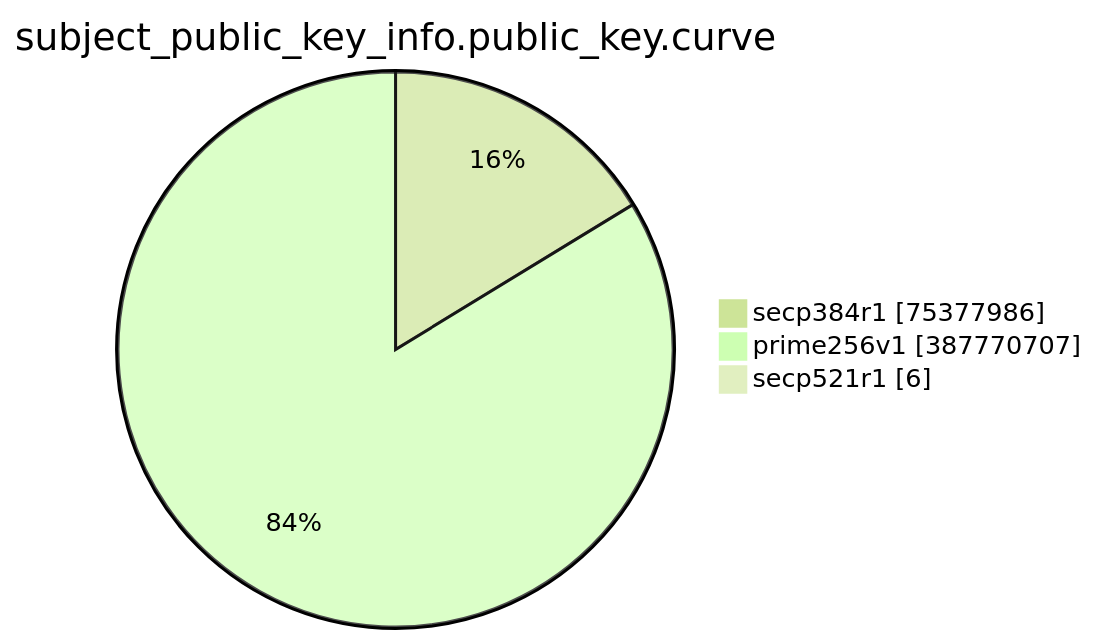
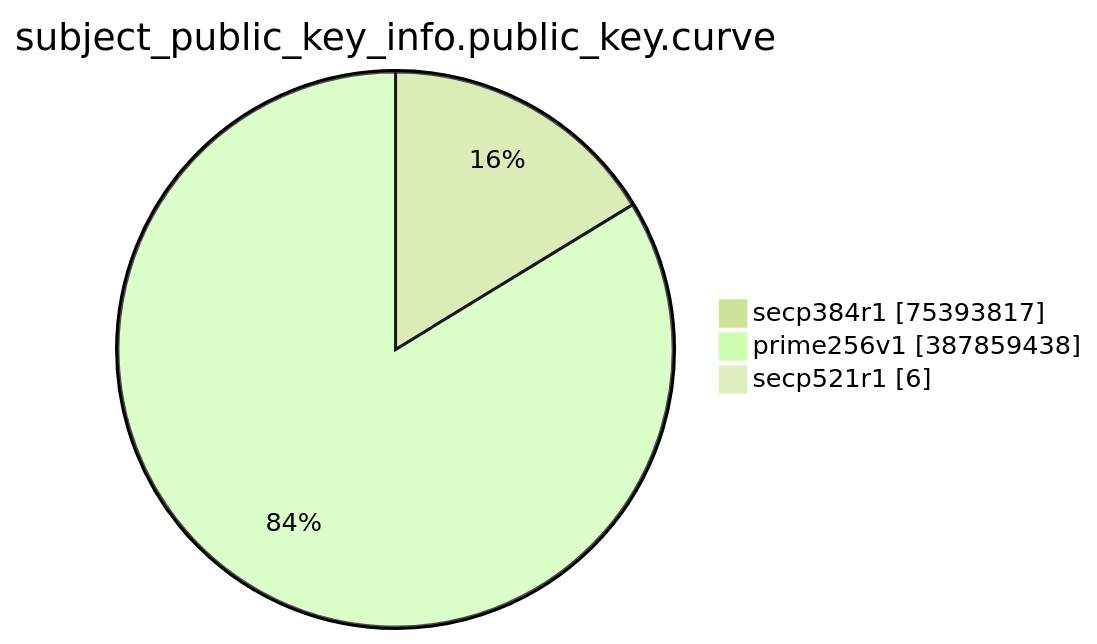
One commit to christiankrug/ctmonitor_visualization changed the eighth of 15 diagrams in TOTAL/README.md. Above: the diagram before and after it, drawn with Mermaid (forest theme). The commit also changed other lines of this file, not shown here.

````diff
--- a/TOTAL/README.md
+++ b/TOTAL/README.md
@@ -3094,7 +3094,7 @@
 ```mermaid
 pie showData
 title subject_public_key_info.public_key.curve
-"secp384r1" :75377986
-"prime256v1" :387770707
+"secp384r1" :75393817
+"prime256v1" :387859438
 "secp521r1" :6
 ```
````
